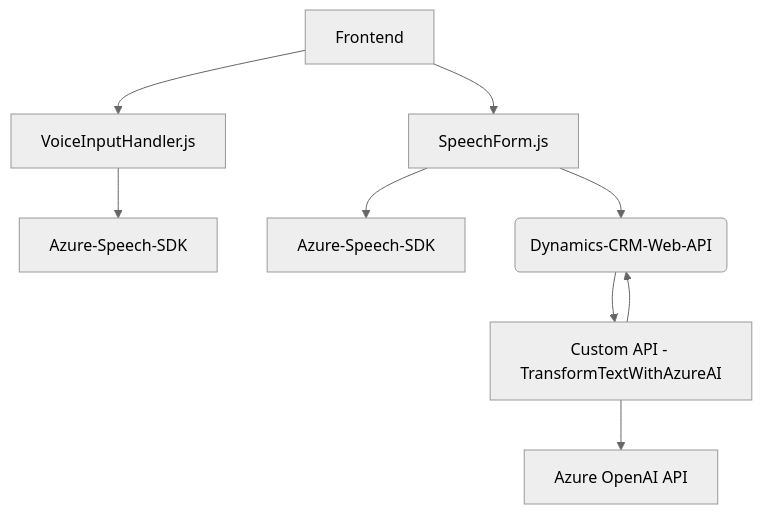
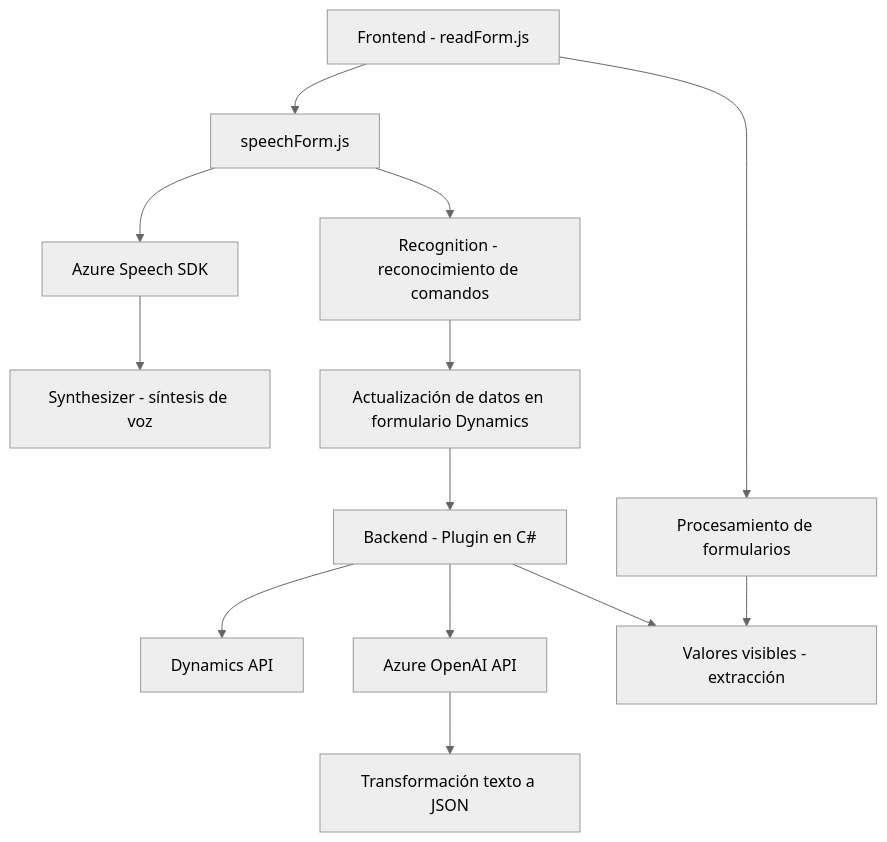
One commit to blopezdm/NETCORE_BILBAO2025 changed the diagram in README.md. Above: the diagram before and after it, drawn with Mermaid (neutral theme). The commit also changed other lines of this file, not shown here.

````diff
--- a/README.md
+++ b/README.md
@@ -37,11 +32,15 @@
 ```mermaid
 graph TD
-    A[Frontend] --> B[VoiceInputHandler.js]
-    A --> C[SpeechForm.js]
-    B --> D[Azure-Speech-SDK]
-    C --> E[Azure-Speech-SDK]
-    C --> F(Dynamics-CRM-Web-API)
-    F --> G["Custom API - TransformTextWithAzureAI"]
-    G --> H["Azure OpenAI API"]
-    G --> F
+    A["Frontend - readForm.js"] --> B["speechForm.js"]
+    B --> C["Azure Speech SDK"]
+    C --> D["Synthesizer - síntesis de voz"]
+    B --> E["Recognition - reconocimiento de comandos"]
+    A --> F["Procesamiento de formularios"]
+    F --> G["Valores visibles - extracción"]
+    E --> H["Actualización de datos en formulario Dynamics"]
+    H --> I["Backend - Plugin en C#"]
+    I --> J["Dynamics API"]
+    I --> K["Azure OpenAI API"]
+    K --> L["Transformación texto a JSON"]
+    I --> G
 ```
````
